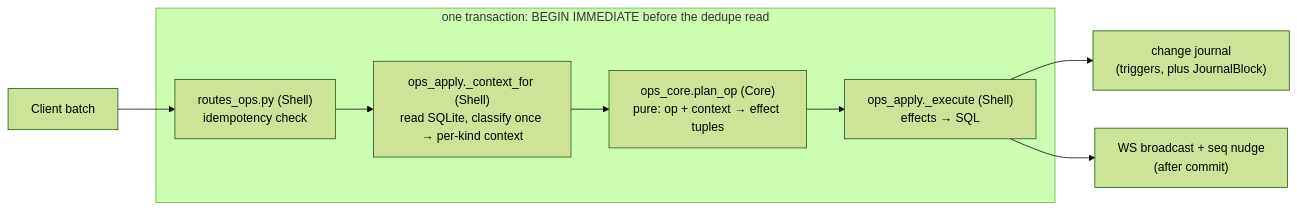
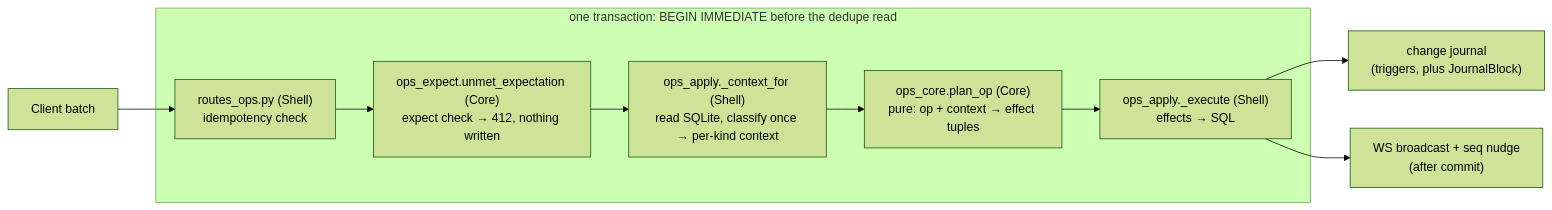
One commit to ArthurClune/pkm-system changed the second of 4 diagrams in docs/architecture/backend.md. Above: the diagram before and after it, drawn with Mermaid (forest theme). The commit also changed other lines of this file and 3 other files, not shown here.

````diff
--- a/docs/architecture/backend.md
+++ b/docs/architecture/backend.md
@@ -384,11 +389,12 @@
 ```mermaid
 flowchart LR
     C[Client batch] --> R
     subgraph TX["one transaction: BEGIN IMMEDIATE before the dedupe read"]
-        R["routes_ops.py (Shell)<br/>idempotency check"] --> CTX["ops_apply._context_for (Shell)<br/>read SQLite, classify once → per-kind context"]
+        R["routes_ops.py (Shell)<br/>idempotency check"] --> E["ops_expect.unmet_expectation (Core)<br/>expect check → 412, nothing written"]
+        E --> CTX["ops_apply._context_for (Shell)<br/>read SQLite, classify once → per-kind context"]
         CTX --> P["ops_core.plan_op (Core)<br/>pure: op + context → effect tuples"]
         P --> X["ops_apply._execute (Shell)<br/>effects → SQL"]
     end
     X --> J["change journal<br/>(triggers, plus JournalBlock)"]
     X --> B["WS broadcast + seq nudge<br/>(after commit)"]
 ```
````
